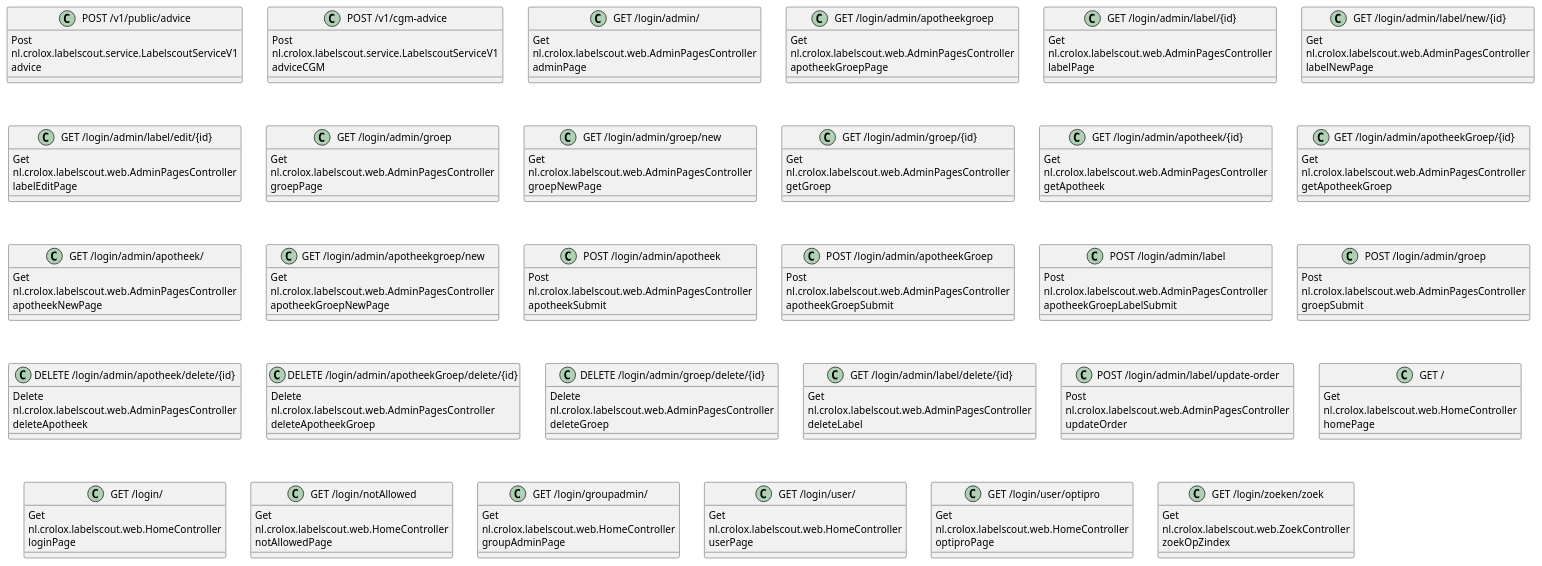
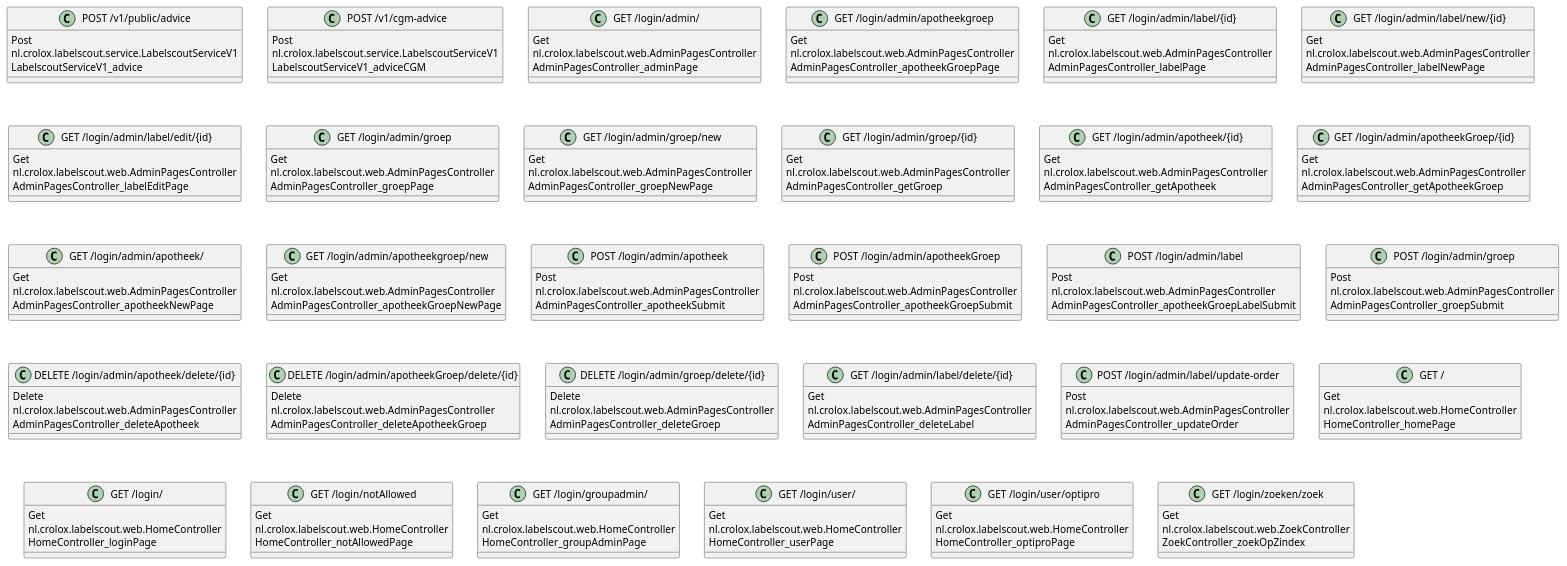
One commit to brunasti/java-diagrammer changed the diagram in docs/octa/OCTA-Labelscout-flow_01.puml. Above: the diagram before and after it, drawn with PlantUML. The commit also changed 5 other files, not shown here.

```diff
--- a/docs/octa/OCTA-Labelscout-flow_01.puml
+++ b/docs/octa/OCTA-Labelscout-flow_01.puml
@@ -1,193 +1,193 @@
 @startuml
 'https://plantuml.com/class-diagram
 
 ' GENERATE PAGES DIAGRAM ===========
 ' Generator       : it.brunasti.java.diagrammer.spring.web.WebFlowAnalyser
 ' Java Files Path : [/Users/paolobrunasti/IdeaProjects/OCTA/labelscout/src/main/java/]
 ' Configuration   : [./docs/config.json]
-' Generated at    : Tue Jan 13 17:31:37 CET 2026
+' Generated at    : Tue Jan 13 18:09:39 CET 2026
 '
 '   Pages infos    :
-class "POST /v1/public/advice" as advice {
+class "POST /v1/public/advice" as LabelscoutServiceV1_advice {
     Post
     nl.crolox.labelscout.service.LabelscoutServiceV1
-    advice
+    LabelscoutServiceV1_advice
 }
 
-class "POST /v1/cgm-advice" as adviceCGM {
+class "POST /v1/cgm-advice" as LabelscoutServiceV1_adviceCGM {
     Post
     nl.crolox.labelscout.service.LabelscoutServiceV1
-    adviceCGM
+    LabelscoutServiceV1_adviceCGM
 }
 
-class "GET /login/admin/" as adminPage {
+class "GET /login/admin/" as AdminPagesController_adminPage {
     Get
     nl.crolox.labelscout.web.AdminPagesController
-    adminPage
+    AdminPagesController_adminPage
 }
 
-class "GET /login/admin/apotheekgroep" as apotheekGroepPage {
+class "GET /login/admin/apotheekgroep" as AdminPagesController_apotheekGroepPage {
     Get
     nl.crolox.labelscout.web.AdminPagesController
-    apotheekGroepPage
+    AdminPagesController_apotheekGroepPage
 }
 
-class "GET /login/admin/label/{id}" as labelPage {
+class "GET /login/admin/label/{id}" as AdminPagesController_labelPage {
     Get
     nl.crolox.labelscout.web.AdminPagesController
-    labelPage
+    AdminPagesController_labelPage
 }
 
-class "GET /login/admin/label/new/{id}" as labelNewPage {
+class "GET /login/admin/label/new/{id}" as AdminPagesController_labelNewPage {
     Get
     nl.crolox.labelscout.web.AdminPagesController
-    labelNewPage
+    AdminPagesController_labelNewPage
 }
 
-class "GET /login/admin/label/edit/{id}" as labelEditPage {
+class "GET /login/admin/label/edit/{id}" as AdminPagesController_labelEditPage {
     Get
     nl.crolox.labelscout.web.AdminPagesController
-    labelEditPage
+    AdminPagesController_labelEditPage
 }
 
-class "GET /login/admin/groep" as groepPage {
+class "GET /login/admin/groep" as AdminPagesController_groepPage {
     Get
     nl.crolox.labelscout.web.AdminPagesController
-    groepPage
+    AdminPagesController_groepPage
 }
 
-class "GET /login/admin/groep/new" as groepNewPage {
+class "GET /login/admin/groep/new" as AdminPagesController_groepNewPage {
     Get
     nl.crolox.labelscout.web.AdminPagesController
-    groepNewPage
+    AdminPagesController_groepNewPage
 }
 
-class "GET /login/admin/groep/{id}" as getGroep {
+class "GET /login/admin/groep/{id}" as AdminPagesController_getGroep {
     Get
     nl.crolox.labelscout.web.AdminPagesController
-    getGroep
+    AdminPagesController_getGroep
 }
 
-class "GET /login/admin/apotheek/{id}" as getApotheek {
+class "GET /login/admin/apotheek/{id}" as AdminPagesController_getApotheek {
     Get
     nl.crolox.labelscout.web.AdminPagesController
-    getApotheek
+    AdminPagesController_getApotheek
 }
 
-class "GET /login/admin/apotheekGroep/{id}" as getApotheekGroep {
+class "GET /login/admin/apotheekGroep/{id}" as AdminPagesController_getApotheekGroep {
     Get
     nl.crolox.labelscout.web.AdminPagesController
-    getApotheekGroep
+    AdminPagesController_getApotheekGroep
 }
 
-class "GET /login/admin/apotheek/" as apotheekNewPage {
+class "GET /login/admin/apotheek/" as AdminPagesController_apotheekNewPage {
     Get
     nl.crolox.labelscout.web.AdminPagesController
-    apotheekNewPage
+    AdminPagesController_apotheekNewPage
 }
 
-class "GET /login/admin/apotheekgroep/new" as apotheekGroepNewPage {
+class "GET /login/admin/apotheekgroep/new" as AdminPagesController_apotheekGroepNewPage {
     Get
     nl.crolox.labelscout.web.AdminPagesController
-    apotheekGroepNewPage
+    AdminPagesController_apotheekGroepNewPage
 }
 
-class "POST /login/admin/apotheek" as apotheekSubmit {
+class "POST /login/admin/apotheek" as AdminPagesController_apotheekSubmit {
     Post
     nl.crolox.labelscout.web.AdminPagesController
-    apotheekSubmit
+    AdminPagesController_apotheekSubmit
 }
 
-class "POST /login/admin/apotheekGroep" as apotheekGroepSubmit {
+class "POST /login/admin/apotheekGroep" as AdminPagesController_apotheekGroepSubmit {
     Post
     nl.crolox.labelscout.web.AdminPagesController
-    apotheekGroepSubmit
+    AdminPagesController_apotheekGroepSubmit
 }
 
-class "POST /login/admin/label" as apotheekGroepLabelSubmit {
+class "POST /login/admin/label" as AdminPagesController_apotheekGroepLabelSubmit {
     Post
     nl.crolox.labelscout.web.AdminPagesController
-    apotheekGroepLabelSubmit
+    AdminPagesController_apotheekGroepLabelSubmit
 }
 
-class "POST /login/admin/groep" as groepSubmit {
+class "POST /login/admin/groep" as AdminPagesController_groepSubmit {
     Post
     nl.crolox.labelscout.web.AdminPagesController
-    groepSubmit
+    AdminPagesController_groepSubmit
 }
 
-class "DELETE /login/admin/apotheek/delete/{id}" as deleteApotheek {
+class "DELETE /login/admin/apotheek/delete/{id}" as AdminPagesController_deleteApotheek {
     Delete
     nl.crolox.labelscout.web.AdminPagesController
-    deleteApotheek
+    AdminPagesController_deleteApotheek
 }
 
-class "DELETE /login/admin/apotheekGroep/delete/{id}" as deleteApotheekGroep {
+class "DELETE /login/admin/apotheekGroep/delete/{id}" as AdminPagesController_deleteApotheekGroep {
     Delete
     nl.crolox.labelscout.web.AdminPagesController
-    deleteApotheekGroep
+    AdminPagesController_deleteApotheekGroep
 }
 
-class "DELETE /login/admin/groep/delete/{id}" as deleteGroep {
+class "DELETE /login/admin/groep/delete/{id}" as AdminPagesController_deleteGroep {
     Delete
     nl.crolox.labelscout.web.AdminPagesController
-    deleteGroep
+    AdminPagesController_deleteGroep
 }
 
-class "GET /login/admin/label/delete/{id}" as deleteLabel {
+class "GET /login/admin/label/delete/{id}" as AdminPagesController_deleteLabel {
     Get
     nl.crolox.labelscout.web.AdminPagesController
-    deleteLabel
+    AdminPagesController_deleteLabel
 }
 
-class "POST /login/admin/label/update-order" as updateOrder {
+class "POST /login/admin/label/update-order" as AdminPagesController_updateOrder {
     Post
     nl.crolox.labelscout.web.AdminPagesController
-    updateOrder
+    AdminPagesController_updateOrder
 }
 
-class "GET /" as homePage {
+class "GET /" as HomeController_homePage {
     Get
     nl.crolox.labelscout.web.HomeController
-    homePage
+    HomeController_homePage
 }
 
-class "GET /login/" as loginPage {
+class "GET /login/" as HomeController_loginPage {
     Get
     nl.crolox.labelscout.web.HomeController
-    loginPage
+    HomeController_loginPage
 }
 
-class "GET /login/notAllowed" as notAllowedPage {
+class "GET /login/notAllowed" as HomeController_notAllowedPage {
     Get
     nl.crolox.labelscout.web.HomeController
-    notAllowedPage
+    HomeController_notAllowedPage
 }
 
-class "GET /login/groupadmin/" as groupAdminPage {
+class "GET /login/groupadmin/" as HomeController_groupAdminPage {
     Get
     nl.crolox.labelscout.web.HomeController
-    groupAdminPage
+    HomeController_groupAdminPage
 }
 
-class "GET /login/user/" as userPage {
+class "GET /login/user/" as HomeController_userPage {
     Get
     nl.crolox.labelscout.web.HomeController
-    userPage
+    HomeController_userPage
 }
 
-class "GET /login/user/optipro" as optiproPage {
+class "GET /login/user/optipro" as HomeController_optiproPage {
     Get
     nl.crolox.labelscout.web.HomeController
-    optiproPage
+    HomeController_optiproPage
 }
 
-class "GET /login/zoeken/zoek" as zoekOpZindex {
+class "GET /login/zoeken/zoek" as ZoekController_zoekOpZindex {
     Get
     nl.crolox.labelscout.web.ZoekController
-    zoekOpZindex
+    ZoekController_zoekOpZindex
 }
 
 
 
 @enduml
```
